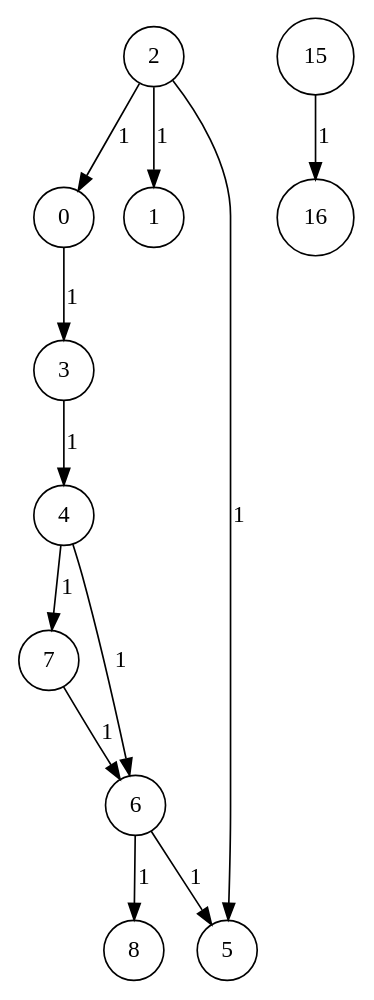
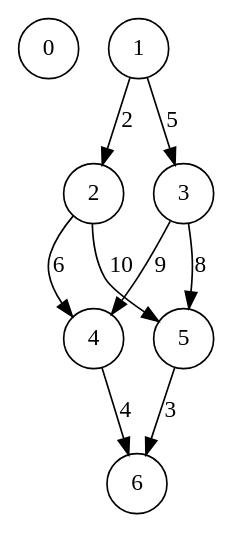
One commit to S0IG0/Graf changed the diagram in Graf/test.dot. Above: the diagram before and after it, drawn with Graphviz. The commit also changed 3 other files, not shown here.

```diff
--- a/Graf/test.dot
+++ b/Graf/test.dot
@@ -1,16 +1,15 @@
 strict digraph test {
 	layout = "dot"
 	node[shape = circle]
 	edge[shape = vee]
-	0 -> 3 [label = "1"]
-	2 -> 0 [label = "1"]
-	2 -> 1 [label = "1"]
-	2 -> 5 [label = "1"]
-	3 -> 4 [label = "1"]
-	4 -> 6 [label = "1"]
-	4 -> 7 [label = "1"]
-	6 -> 5 [label = "1"]
-	6 -> 8 [label = "1"]
-	7 -> 6 [label = "1"]
-	15 -> 16 [label = "1"]
+	0
+	1 -> 2 [label = "2"]
+	1 -> 3 [label = "5"]
+	2 -> 4 [label = "6"]
+	2 -> 5 [label = "10"]
+	3 -> 4 [label = "9"]
+	3 -> 5 [label = "8"]
+	4 -> 6 [label = "4"]
+	5 -> 6 [label = "3"]
+	6
 }
```
